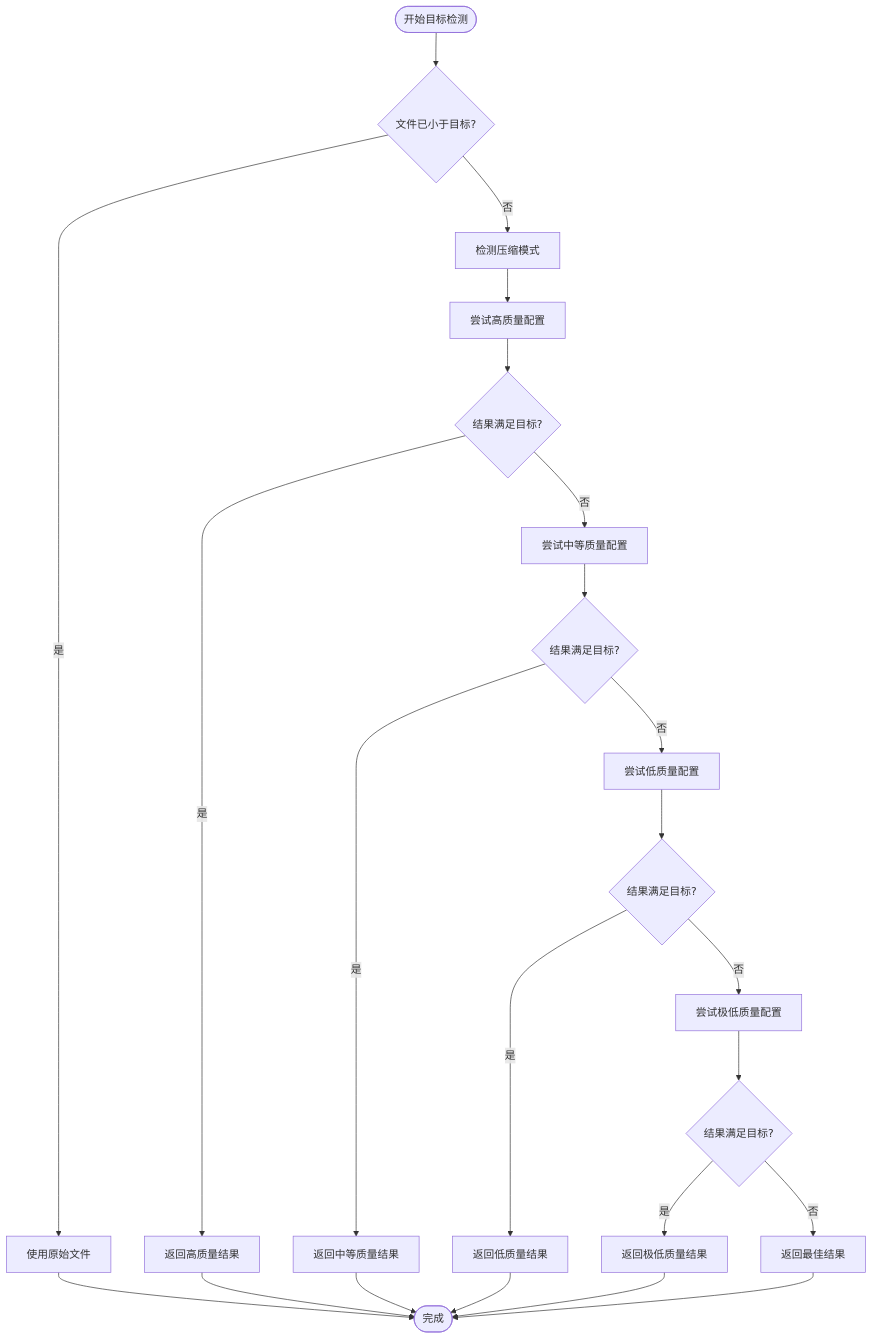
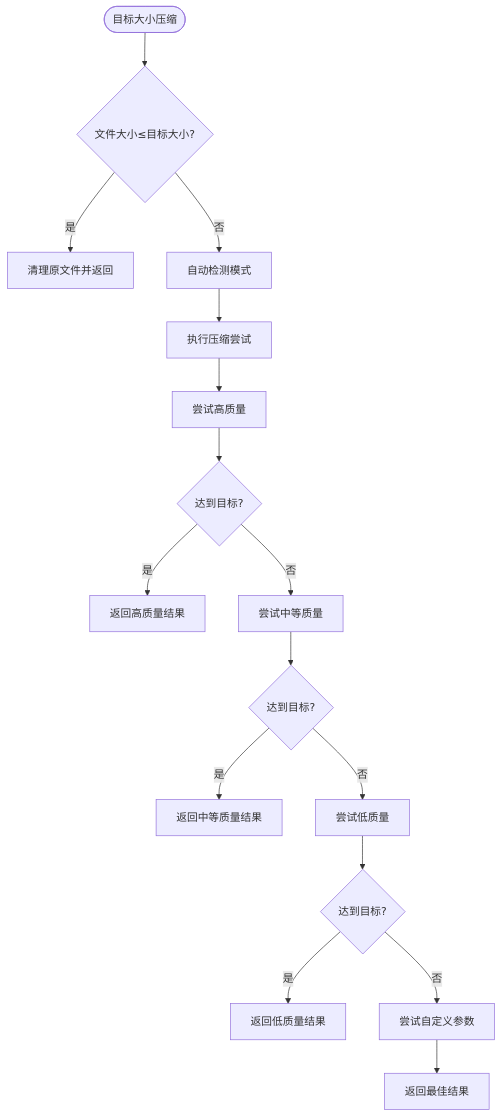
Before and after one commit to sgyy/privadeck: the seventh of 9 diagrams in .qoder/repowiki/zh/content/PDF工具/PDF压缩工具.md, drawn with Mermaid. The commit also changed other lines of this file and 48 other files, not shown here.

````diff
--- a/.qoder/repowiki/zh/content/PDF工具/PDF压缩工具.md
+++ b/.qoder/repowiki/zh/content/PDF工具/PDF压缩工具.md
@@ -336,25 +398,18 @@
 ```mermaid
 flowchart TD
-Start([开始目标检测]) --> CheckFileSize{"文件已小于目标?"}
-CheckFileSize --> |是| UseOriginal["使用原始文件"]
-CheckFileSize --> |否| DetectMode["检测压缩模式"]
-DetectMode --> TryHigh["尝试高质量配置"]
-TryHigh --> CheckSize1{"结果满足目标?"}
-CheckSize1 --> |是| ReturnHigh["返回高质量结果"]
-CheckSize1 --> |否| TryMedium["尝试中等质量配置"]
-TryMedium --> CheckSize2{"结果满足目标?"}
-CheckSize2 --> |是| ReturnMedium["返回中等质量结果"]
-CheckSize2 --> |否| TryLow["尝试低质量配置"]
-TryLow --> CheckSize3{"结果满足目标?"}
-CheckSize3 --> |是| ReturnLow["返回低质量结果"]
-CheckSize3 --> |否| TryCustom["尝试极低质量配置"]
-TryCustom --> CheckSize4{"结果满足目标?"}
-CheckSize4 --> |是| ReturnCustom["返回极低质量结果"]
-CheckSize4 --> |否| ReturnBest["返回最佳结果"]
-UseOriginal --> End([完成])
-ReturnHigh --> End
-ReturnMedium --> End
-ReturnLow --> End
-ReturnCustom --> End
-ReturnBest --> End
+Start([目标大小压缩]) --> CheckFileSize{"文件大小≤目标大小?"}
+CheckFileSize --> |是| CleanOriginal["清理原文件并返回"]
+CheckFileSize --> |否| AutoDetect["自动检测模式"]
+AutoDetect --> RunAttempts["执行压缩尝试"]
+RunAttempts --> TryHigh["尝试高质量"]
+TryHigh --> CheckHigh{"达到目标?"}
+CheckHigh --> |是| ReturnHigh["返回高质量结果"]
+CheckHigh --> |否| TryMedium["尝试中等质量"]
+TryMedium --> CheckMedium{"达到目标?"}
+CheckMedium --> |是| ReturnMedium["返回中等质量结果"]
+CheckMedium --> |否| TryLow["尝试低质量"]
+TryLow --> CheckLow{"达到目标?"}
+CheckLow --> |是| ReturnLow["返回低质量结果"]
+CheckLow --> |否| TryCustom["尝试自定义参数"]
+TryCustom --> ReturnCustom["返回最佳结果"]
 ```
````
